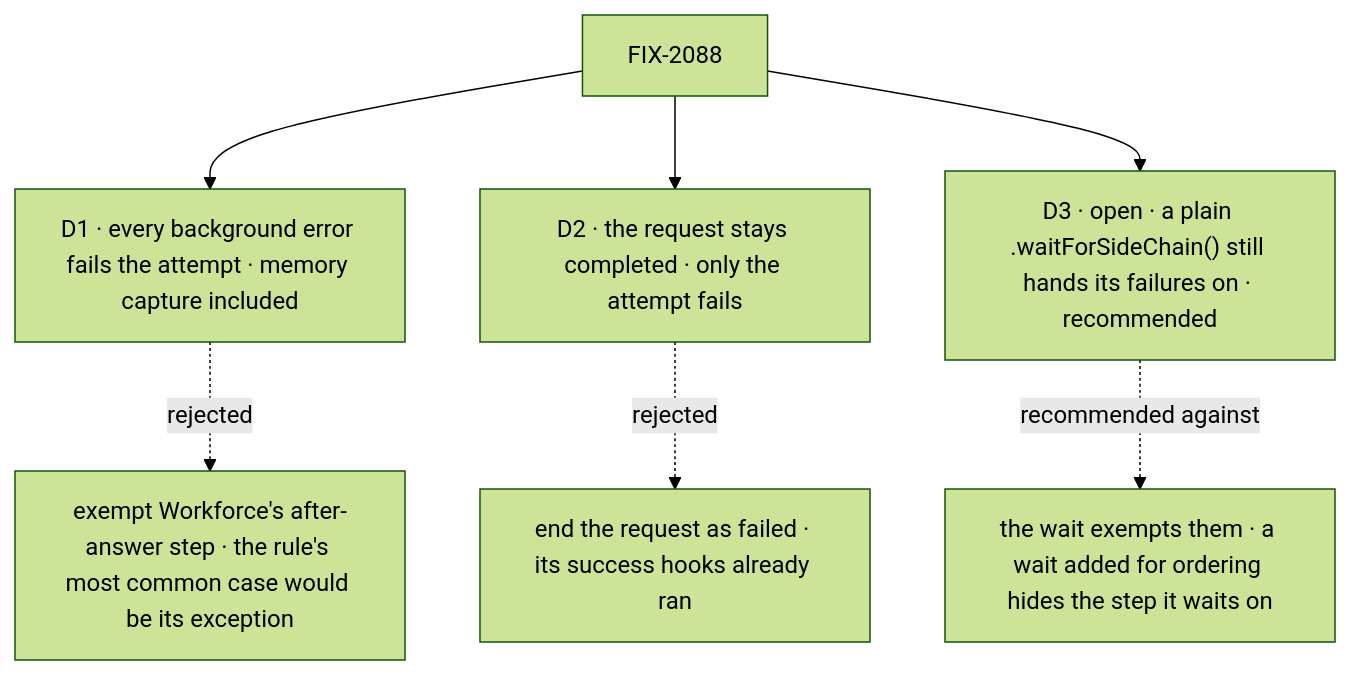
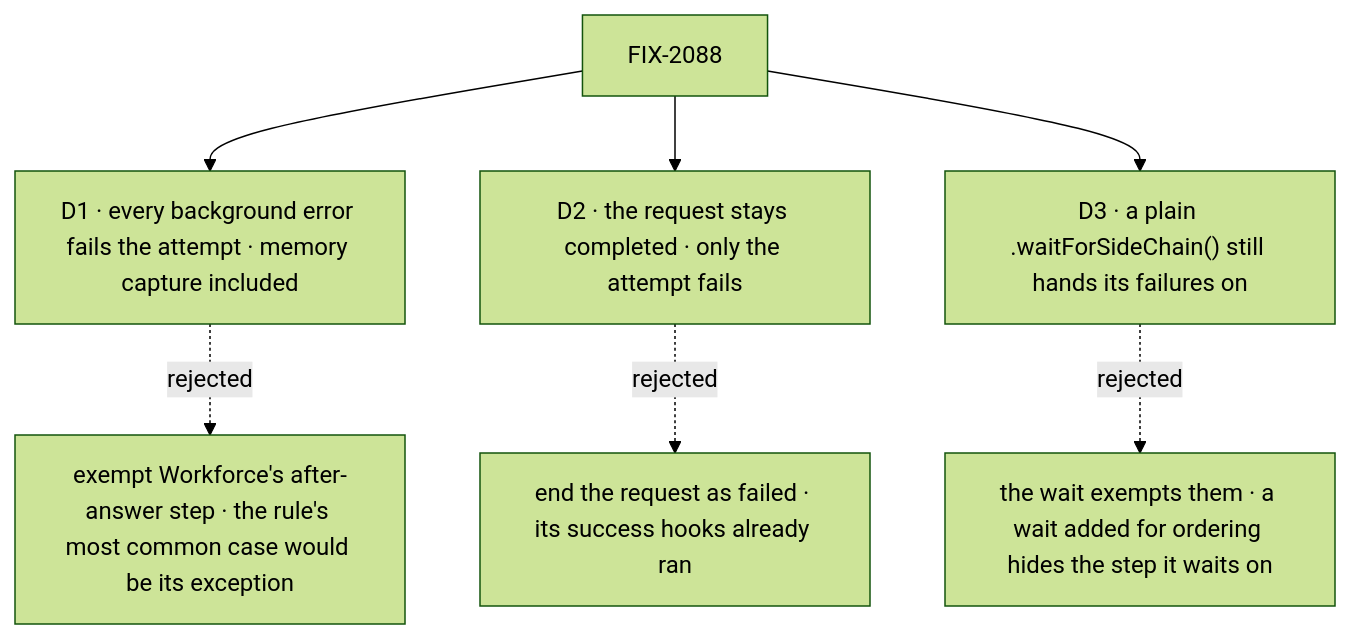
One commit to fixpoint-labs/flow-state-dev changed the diagram in specs/issues/FIX-2088/DECISIONS.md. Above: the diagram before and after it, drawn with Mermaid (forest theme). The commit also changed other lines of this file and 1 other file, not shown here.

````diff
--- a/specs/issues/FIX-2088/DECISIONS.md
+++ b/specs/issues/FIX-2088/DECISIONS.md
@@ -10,9 +11,9 @@
 ```mermaid
 flowchart TD
   I["FIX-2088"] --> D1["D1 · every background error fails the attempt · memory capture included"]
   D1 -.->|"rejected"| X1["exempt Workforce's after-answer step · the rule's most common case would be its exception"]
   I --> D2["D2 · the request stays completed · only the attempt fails"]
   D2 -.->|"rejected"| X2["end the request as failed · its success hooks already ran"]
-  I --> D3["D3 · open · a plain .waitForSideChain() still hands its failures on · recommended"]
-  D3 -.->|"recommended against"| X3["the wait exempts them · a wait added for ordering hides the step it waits on"]
+  I --> D3["D3 · a plain .waitForSideChain() still hands its failures on"]
+  D3 -.->|"rejected"| X3["the wait exempts them · a wait added for ordering hides the step it waits on"]
 ```
````
